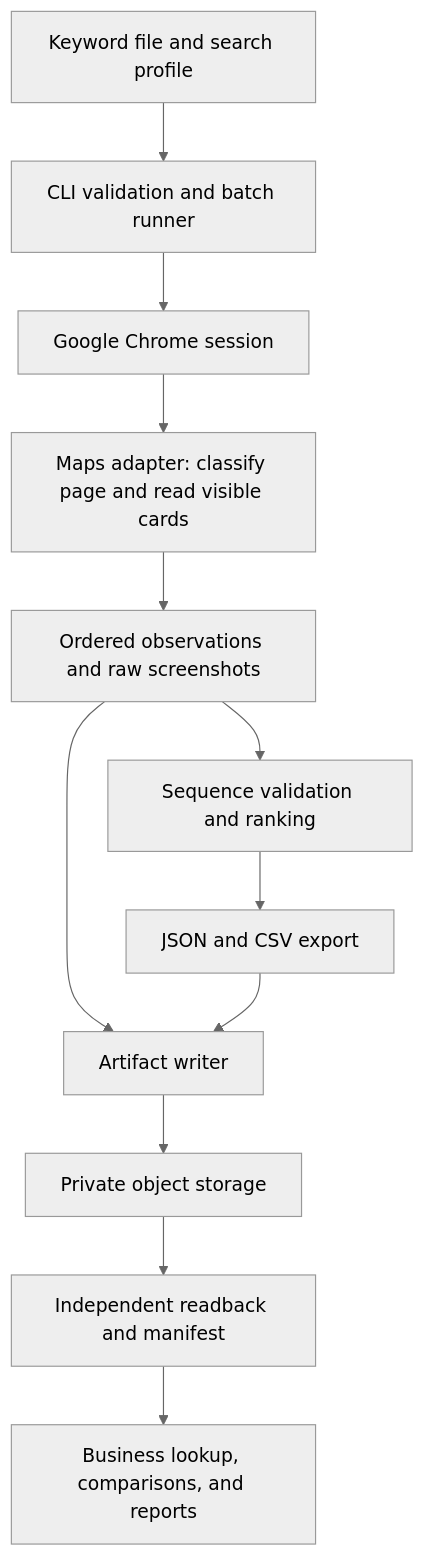
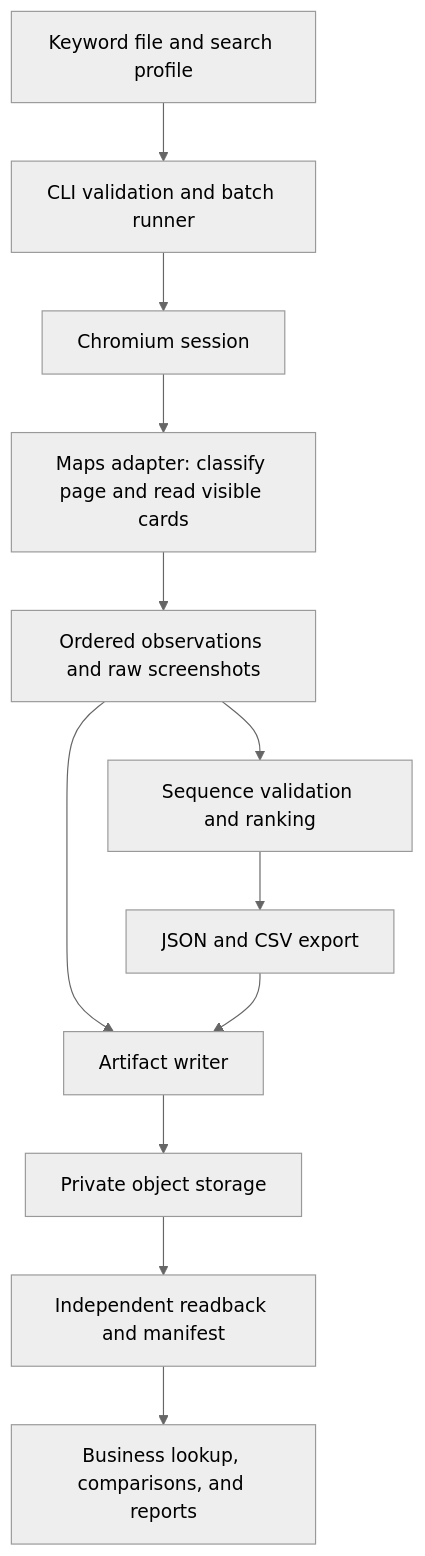
One commit to Canqiang/maps-keyword-capture changed the first of 2 diagrams in docs/design.md. Above: the diagram before and after it, drawn with Mermaid (neutral theme). The commit also changed other lines of this file and 7 other files, not shown here.

````diff
--- a/docs/design.md
+++ b/docs/design.md
@@ -26,14 +28,14 @@
 ```mermaid
 flowchart TD
     A[Keyword file and search profile] --> B[CLI validation and batch runner]
-    B --> C[Google Chrome session]
+    B --> C[Chromium session]
     C --> D[Maps adapter: classify page and read visible cards]
     D --> E[Ordered observations and raw screenshots]
     E --> F[Sequence validation and ranking]
     F --> G[JSON and CSV export]
     E --> H[Artifact writer]
     G --> H
     H --> I[Private object storage]
     I --> J[Independent readback and manifest]
     J --> K[Business lookup, comparisons, and reports]
 ```
````
